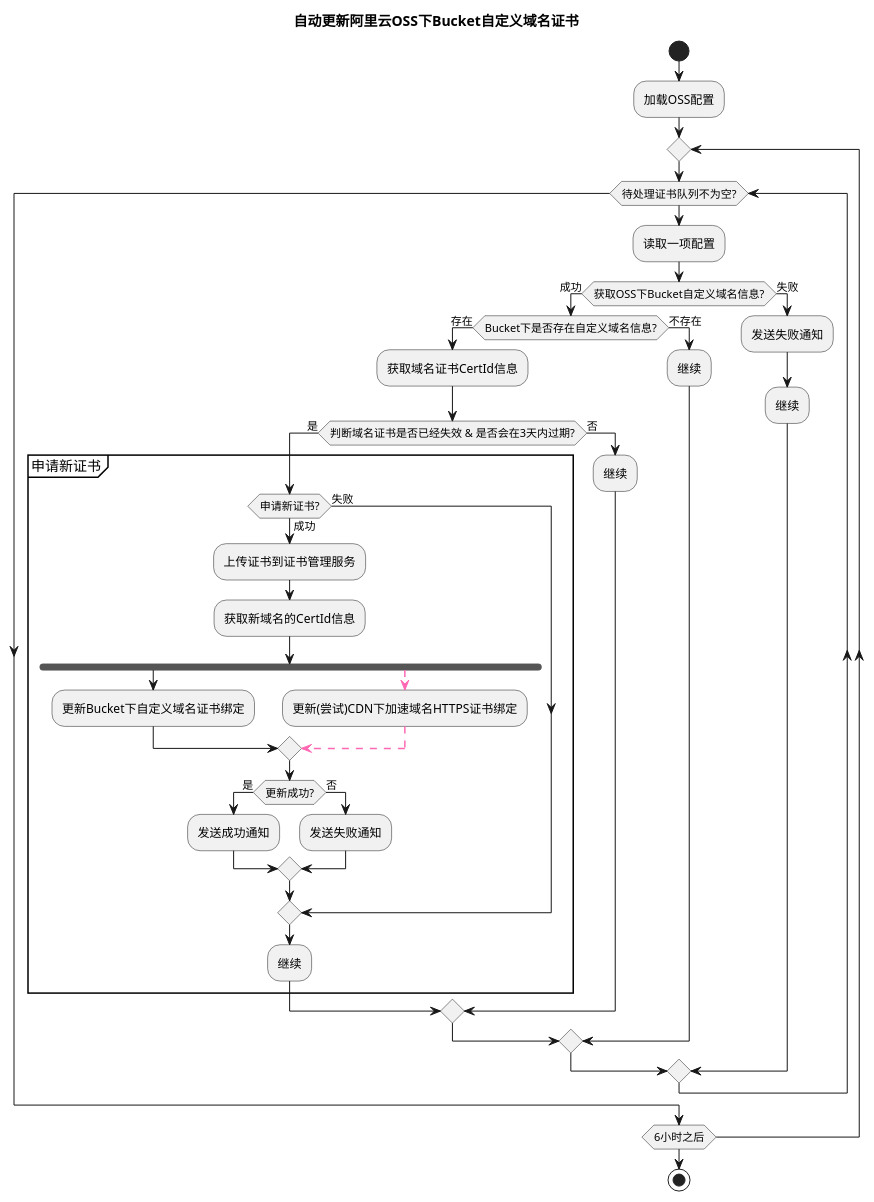
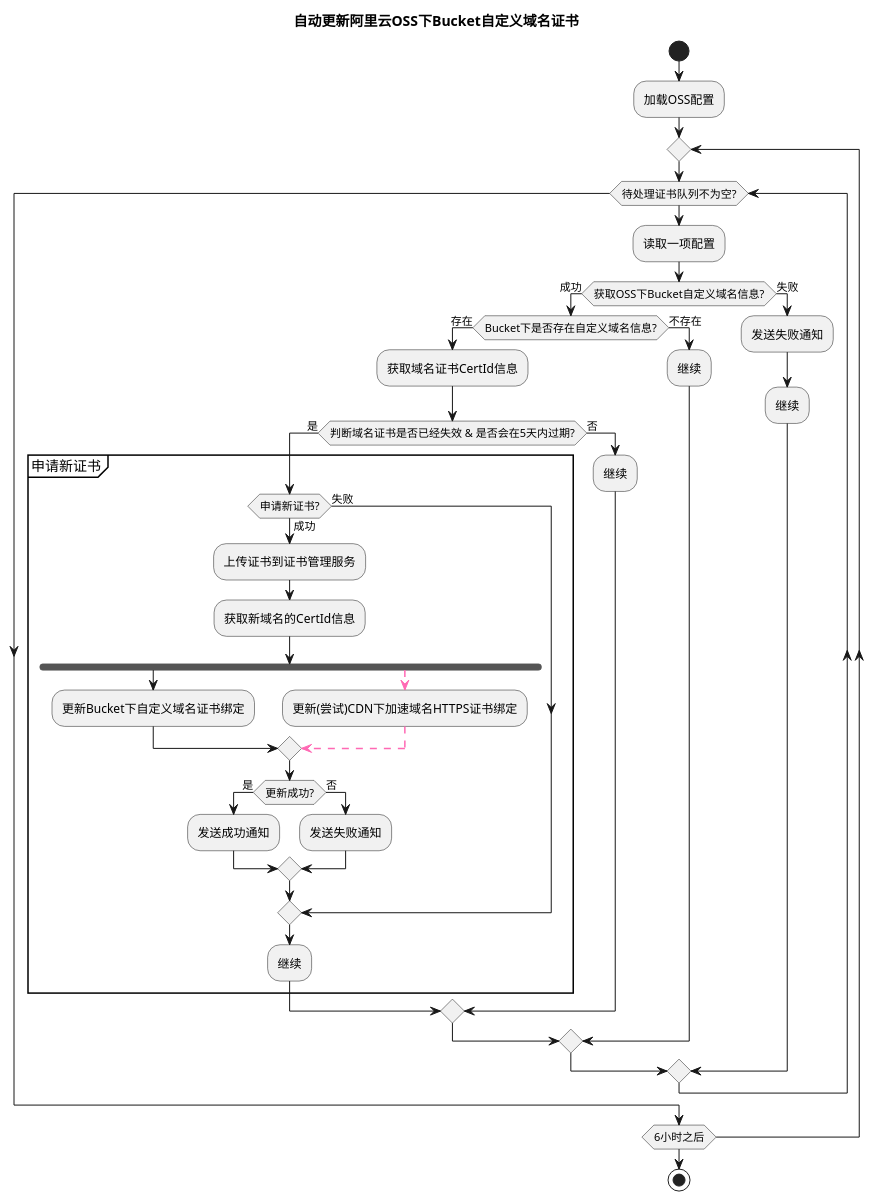
Before and after one commit to nekoimi/oss-auto-cert: the diagram in oss-auto-cert.puml, drawn with PlantUML. The commit also changed 2 other files, not shown here.

```diff
--- a/oss-auto-cert.puml
+++ b/oss-auto-cert.puml
@@ -1,48 +1,48 @@
 @startuml
 
 title: 自动更新阿里云OSS下Bucket自定义域名证书
 
 start
 :加载OSS配置;
 repeat
 while (待处理证书队列不为空?)
   :读取一项配置;
   if (获取OSS下Bucket自定义域名信息?) is (成功) then
     if (Bucket下是否存在自定义域名信息?) is (存在) then
       :获取域名证书CertId信息;
-      if (判断域名证书是否已经失效 & 是否会在3天内过期?) is (是) then
+      if (判断域名证书是否已经失效 & 是否会在5天内过期?) is (是) then
               group 申请新证书
                 if (申请新证书?) is (成功) then
                   :上传证书到证书管理服务;
                   :获取新域名的CertId信息;
                   fork
                     :更新Bucket下自定义域名证书绑定;
                   fork again
                     -[#hotpink,dashed]->
                     :更新(尝试)CDN下加速域名HTTPS证书绑定;
                     -[#hotpink,dashed]->
                   end merge
                   if (更新成功?) is (是) then
                     :发送成功通知;
                   else (否)
                     :发送失败通知;
                   endif
                 else (失败)
                 endif
                 :继续;
               end group
             else (否)
               :继续;
             endif
     else (不存在)
     :继续;
     endif
   else (失败)
     :发送失败通知;
     :继续;
   endif
 endwhile
 repeat while(6小时之后)
 stop
 
 @enduml
```
